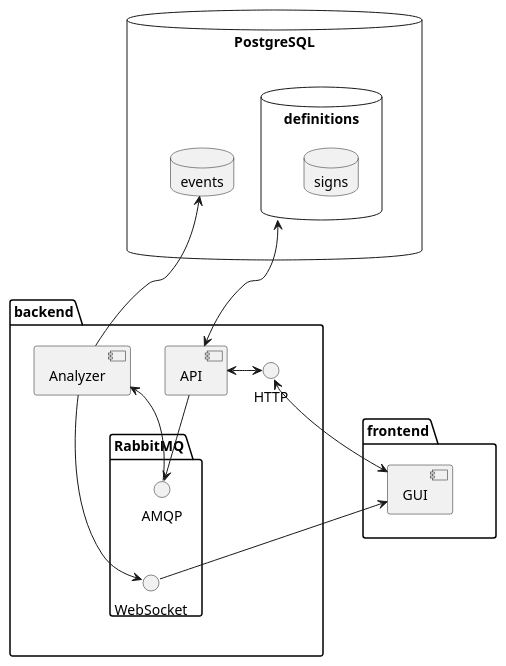
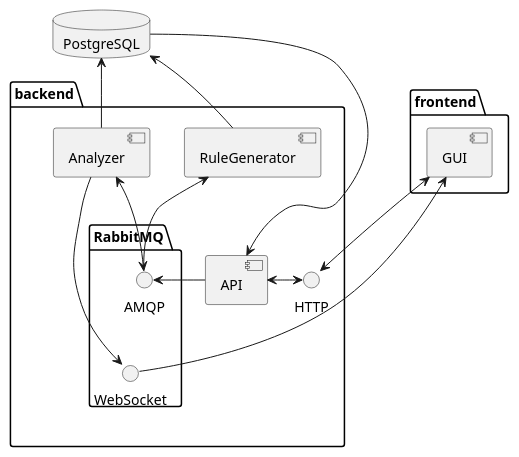
Before and after one commit to Mikkgn/SnortRuleGenerator: the diagram in scheme.puml, drawn with PlantUML. The commit also changed 34 other files, not shown here.

```diff
--- a/scheme.puml
+++ b/scheme.puml
@@ -1,40 +1,47 @@
 @startuml
 PostgreSQL -[hidden]-> backend
 
-database "PostgreSQL" {
-    database events
-    database definitions {
-        database signs
-    }
-}
 
 
 package frontend {
     [GUI]
 }
 
 package backend {
+
+
     [Analyzer]
+    database "PostgreSQL" {
+        }
+
+    [RuleGenerator] -[hidden]left->Analyzer
     package RabbitMQ{
         WebSocket -[hidden]-> WebSocket
         WebSocket <-[hidden]up-> AMQP
     }
     [API] <-right-> HTTP
     RabbitMQ -[hidden]up-> Analyzer
     API -[hidden]-> RabbitMQ
 
 }
 backend -[hidden]up->PostgreSQL
 
 RabbitMQ-[hidden]up->Analyzer
 [API] -> AMQP
-AMQP -> Analyzer
-Analyzer -> events
+AMQP <-> Analyzer
+Analyzer -> PostgreSQL
 Analyzer -> WebSocket
 GUI <- WebSocket
-HTTP <-> GUI
-API <-> definitions
-frontend -[hidden]up-> backend
+HTTP <-up-> GUI
+
+API -[hidden]down->RuleGenerator
+
+API <-up- PostgreSQL
+RuleGenerator -[hidden]right-> API
+API -[hidden]left-> RuleGenerator
+RuleGenerator -up-> PostgreSQL
+RuleGenerator <- AMQP
+
 
 
 @enduml
```
